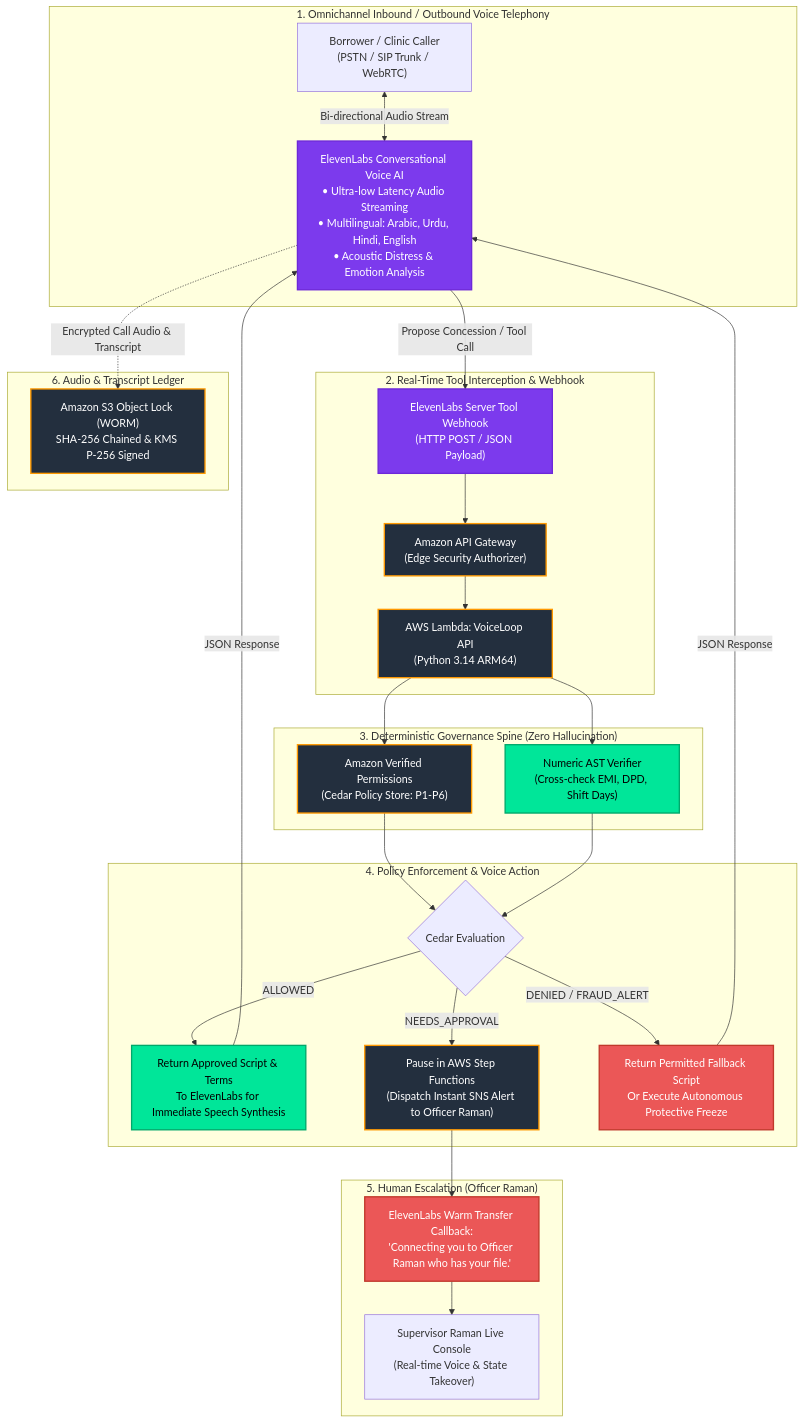
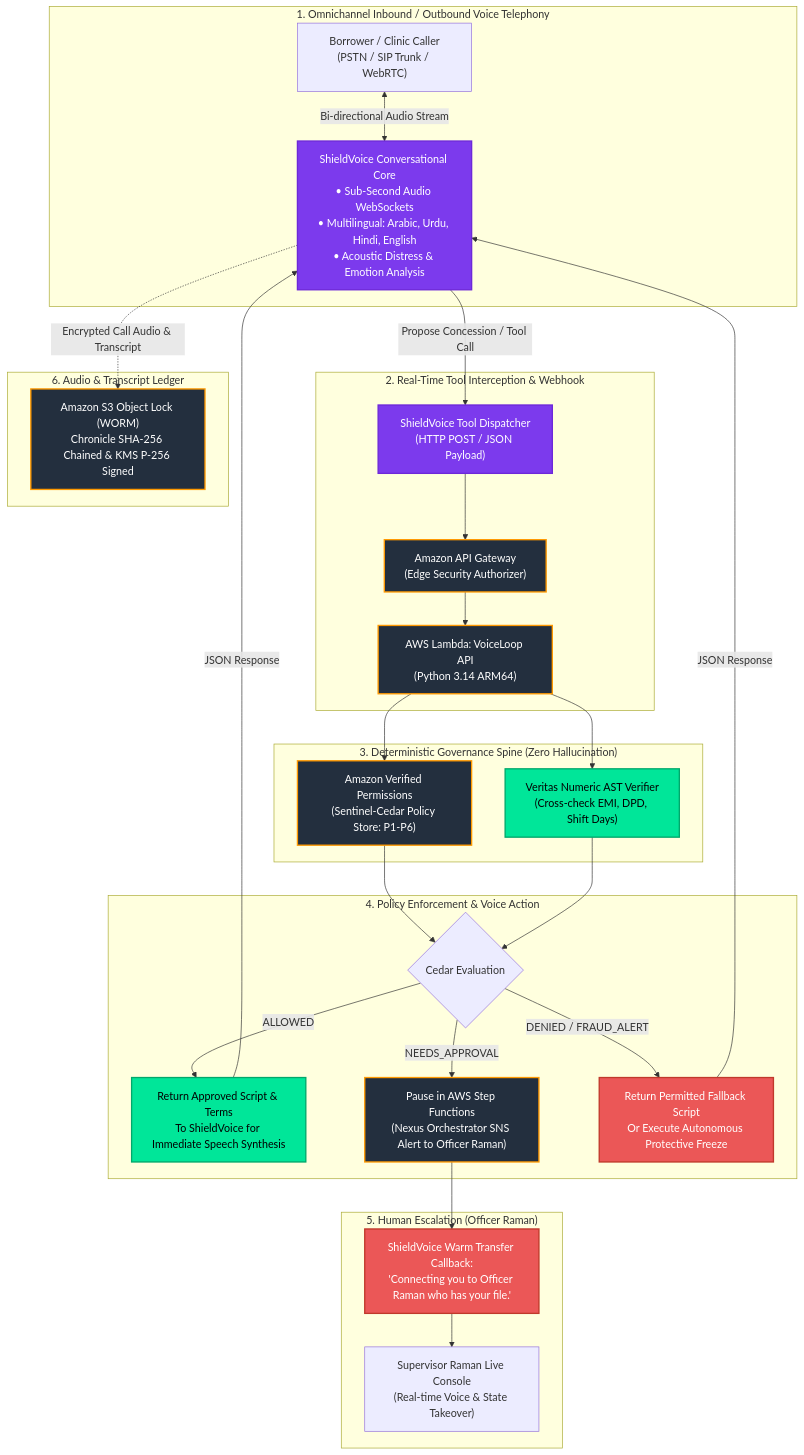
The sixth of 6 diagrams in README.md (Nandanhs006/AWS-CreditShield), drawn with Mermaid before and after one commit. The commit also changed other lines of this file and 1 other file, not shown here.

Commit message:
docs: remove third-party challenge names, introduce ShieldVoice and branded multi-agent system, rename hero scenarios

````diff
--- a/README.md
+++ b/README.md
@@ -283,47 +283,47 @@
 ```mermaid
 flowchart TD
   subgraph Telephony ["1. Omnichannel Inbound / Outbound Voice Telephony"]
     CALLER["Borrower / Clinic Caller<br/>(PSTN / SIP Trunk / WebRTC)"]
-    EL_VOICE["ElevenLabs Conversational Voice AI<br/>• Ultra-low Latency Audio Streaming<br/>• Multilingual: Arabic, Urdu, Hindi, English<br/>• Acoustic Distress & Emotion Analysis"]
-    CALLER <-->|Bi-directional Audio Stream| EL_VOICE
+    SHIELD_VOICE["ShieldVoice Conversational Core<br/>• Sub-Second Audio WebSockets<br/>• Multilingual: Arabic, Urdu, Hindi, English<br/>• Acoustic Distress & Emotion Analysis"]
+    CALLER <-->|Bi-directional Audio Stream| SHIELD_VOICE
   end
 
   subgraph VoiceWebhook ["2. Real-Time Tool Interception & Webhook"]
-    EL_VOICE -->|Propose Concession / Tool Call| EL_TOOL["ElevenLabs Server Tool Webhook<br/>(HTTP POST / JSON Payload)"]
-    EL_TOOL --> APIGW["Amazon API Gateway<br/>(Edge Security Authorizer)"]
+    SHIELD_VOICE -->|Propose Concession / Tool Call| VOICE_TOOL["ShieldVoice Tool Dispatcher<br/>(HTTP POST / JSON Payload)"]
+    VOICE_TOOL --> APIGW["Amazon API Gateway<br/>(Edge Security Authorizer)"]
     APIGW --> LAMBDA_CHAT["AWS Lambda: VoiceLoop API<br/>(Python 3.14 ARM64)"]
   end
 
   subgraph DeterministicEngine ["3. Deterministic Governance Spine (Zero Hallucination)"]
-    LAMBDA_CHAT --> CEDAR["Amazon Verified Permissions<br/>(Cedar Policy Store: P1-P6)"]
-    LAMBDA_CHAT --> NUM_VERIF["Numeric AST Verifier<br/>(Cross-check EMI, DPD, Shift Days)"]
+    LAMBDA_CHAT --> CEDAR["Amazon Verified Permissions<br/>(Sentinel-Cedar Policy Store: P1-P6)"]
+    LAMBDA_CHAT --> NUM_VERIF["Veritas Numeric AST Verifier<br/>(Cross-check EMI, DPD, Shift Days)"]
   end
 
   subgraph RoutingDecision ["4. Policy Enforcement & Voice Action"]
     CEDAR & NUM_VERIF --> DECISION{Cedar Evaluation}
-    DECISION -->|ALLOWED| AUTO_SPEECH["Return Approved Script & Terms<br/>To ElevenLabs for Immediate Speech Synthesis"]
-    DECISION -->|NEEDS_APPROVAL| SFN_PAUSE["Pause in AWS Step Functions<br/>(Dispatch Instant SNS Alert to Officer Raman)"]
+    DECISION -->|ALLOWED| AUTO_SPEECH["Return Approved Script & Terms<br/>To ShieldVoice for Immediate Speech Synthesis"]
+    DECISION -->|NEEDS_APPROVAL| SFN_PAUSE["Pause in AWS Step Functions<br/>(Nexus Orchestrator SNS Alert to Officer Raman)"]
     DECISION -->|DENIED / FRAUD_ALERT| FORBID_SPEECH["Return Permitted Fallback Script<br/>Or Execute Autonomous Protective Freeze"]
   end
 
   subgraph SupervisorHandoff ["5. Human Escalation (Officer Raman)"]
-    SFN_PAUSE --> TRANSFER["ElevenLabs Warm Transfer Callback:<br/>'Connecting you to Officer Raman who has your file.'"]
+    SFN_PAUSE --> TRANSFER["ShieldVoice Warm Transfer Callback:<br/>'Connecting you to Officer Raman who has your file.'"]
     TRANSFER --> RAMAN_DESK["Supervisor Raman Live Console<br/>(Real-time Voice & State Takeover)"]
   end
 
   subgraph ImmutableLedger ["6. Audio & Transcript Ledger"]
-    EL_VOICE -.->|Encrypted Call Audio & Transcript| S3_AUDIO["Amazon S3 Object Lock (WORM)<br/>SHA-256 Chained & KMS P-256 Signed"]
+    SHIELD_VOICE -.->|Encrypted Call Audio & Transcript| S3_AUDIO["Amazon S3 Object Lock (WORM)<br/>Chronicle SHA-256 Chained & KMS P-256 Signed"]
   end
 
-  AUTO_SPEECH -->|JSON Response| EL_VOICE
-  FORBID_SPEECH -->|JSON Response| EL_VOICE
+  AUTO_SPEECH -->|JSON Response| SHIELD_VOICE
+  FORBID_SPEECH -->|JSON Response| SHIELD_VOICE
 
   classDef el fill:#7C3AED,stroke:#6D28D9,stroke-width:2px,color:#FFFFFF;
   classDef aws fill:#232F3E,stroke:#FF9900,stroke-width:2px,color:#FFFFFF;
   classDef gov fill:#00E699,stroke:#00A86B,stroke-width:2px,color:#000000;
   classDef alert fill:#EB5757,stroke:#C0392B,stroke-width:2px,color:#FFFFFF;
-  class EL_VOICE,EL_TOOL el;
+  class SHIELD_VOICE,VOICE_TOOL el;
   class APIGW,LAMBDA_CHAT,CEDAR,SFN_PAUSE,S3_AUDIO aws;
   class NUM_VERIF,AUTO_SPEECH gov;
   class FORBID_SPEECH,TRANSFER alert;
 ```
````
